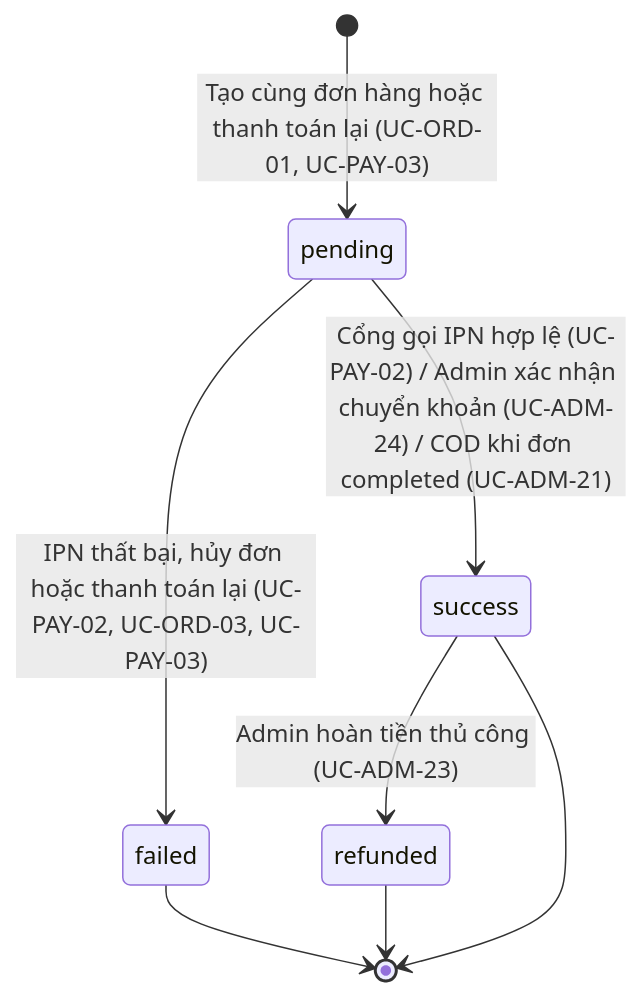
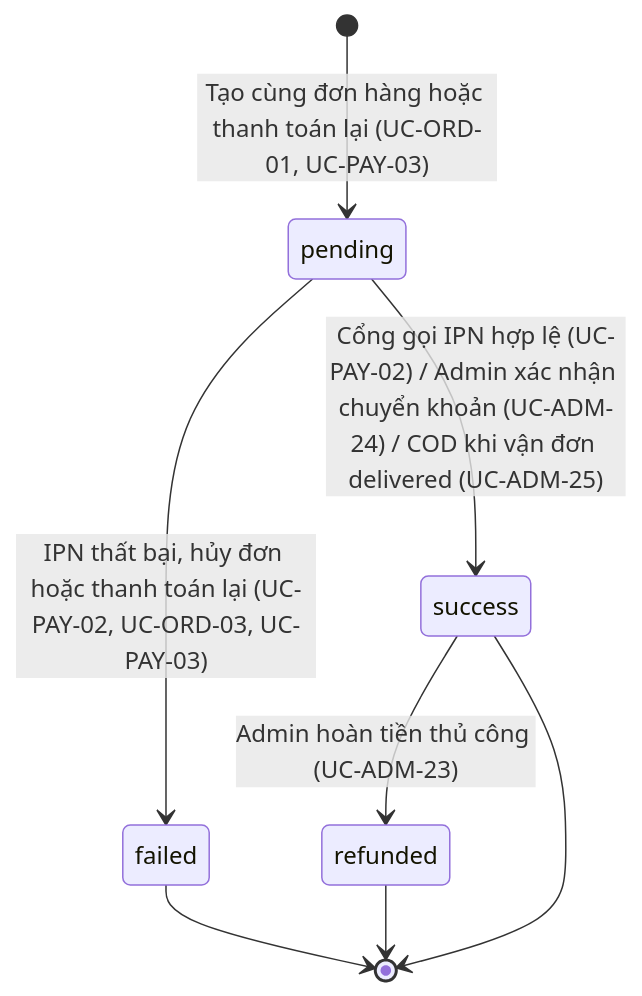
Before and after one commit to 2431540234-arch/XDUDTMDT: the eighth of 13 diagrams in docs/DAC_TA_CHUC_NANG_THEO_VAI_TRO.md, drawn with Mermaid. The commit also changed other lines of this file, not shown here.

````diff
--- a/docs/DAC_TA_CHUC_NANG_THEO_VAI_TRO.md
+++ b/docs/DAC_TA_CHUC_NANG_THEO_VAI_TRO.md
@@ -1845,10 +1869,10 @@
 ```mermaid
 stateDiagram-v2
     [*] --> pending: Tạo cùng đơn hàng hoặc thanh toán lại (UC-ORD-01, UC-PAY-03)
-    pending --> success: Cổng gọi IPN hợp lệ (UC-PAY-02) / Admin xác nhận chuyển khoản (UC-ADM-24) / COD khi đơn completed (UC-ADM-21)
+    pending --> success: Cổng gọi IPN hợp lệ (UC-PAY-02) / Admin xác nhận chuyển khoản (UC-ADM-24) / COD khi vận đơn delivered (UC-ADM-25)
     pending --> failed: IPN thất bại, hủy đơn hoặc thanh toán lại (UC-PAY-02, UC-ORD-03, UC-PAY-03)
     success --> refunded: Admin hoàn tiền thủ công (UC-ADM-23)
     failed --> [*]
     refunded --> [*]
     success --> [*]
 ```
````
